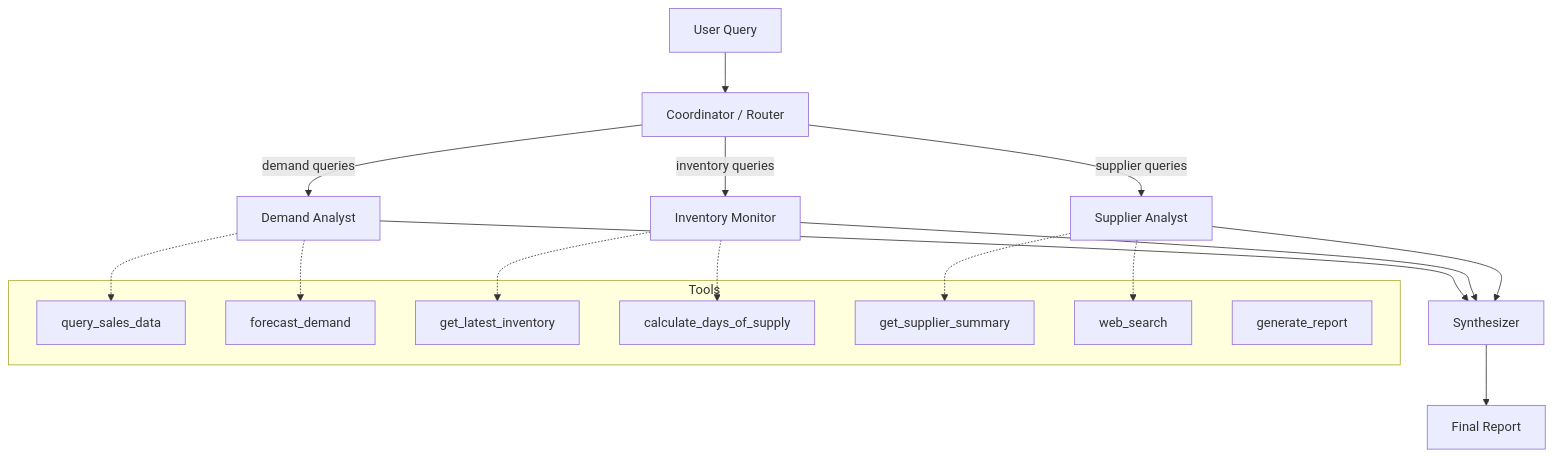
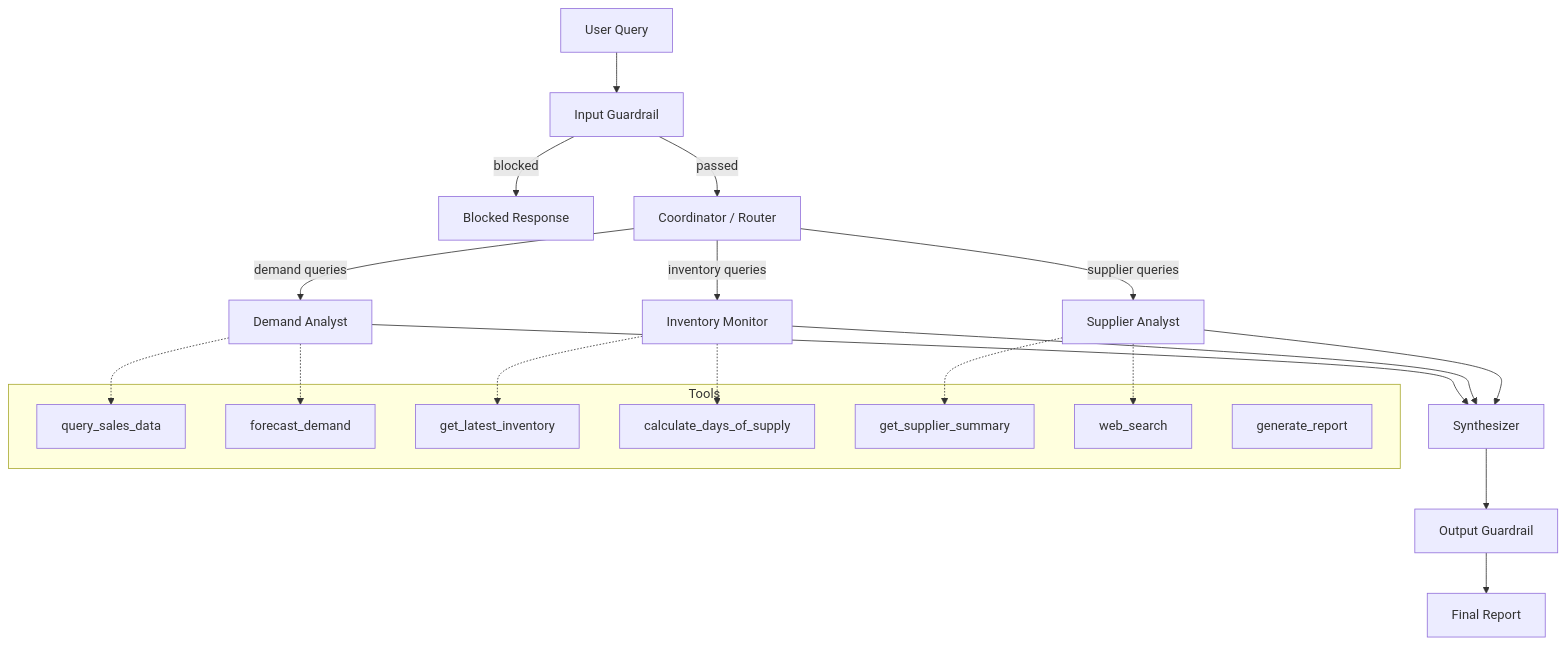
Before and after one commit to aksh-ay06/supply-chain-agents: the first of 5 diagrams in architecture.md, drawn with Mermaid. The commit also changed other lines of this file and 1 other file, not shown here.

First line of the commit message:
Update README and architecture docs with guardrails, Groq, and execution modes

````diff
--- a/architecture.md
+++ b/architecture.md
@@ -9,28 +9,31 @@
 ```mermaid
 graph TD
-    User[User Query] --> Router[Coordinator / Router]
+    User[User Query] --> IG[Input Guardrail]
+    IG -->|blocked| END1[Blocked Response]
+    IG -->|passed| Router[Coordinator / Router]
     Router -->|demand queries| DA[Demand Analyst]
     Router -->|inventory queries| IM[Inventory Monitor]
     Router -->|supplier queries| SA[Supplier Analyst]
     DA --> Synth[Synthesizer]
     IM --> Synth
     SA --> Synth
-    Synth --> Report[Final Report]
+    Synth --> OG[Output Guardrail]
+    OG --> Report[Final Report]
 
     subgraph Tools
         T1[query_sales_data]
         T2[forecast_demand]
         T3[get_latest_inventory]
         T4[calculate_days_of_supply]
         T5[get_supplier_summary]
         T6[web_search]
         T7[generate_report]
     end
 
     DA -.-> T1
     DA -.-> T2
     IM -.-> T3
     IM -.-> T4
     SA -.-> T5
     SA -.-> T6
 ```
````
